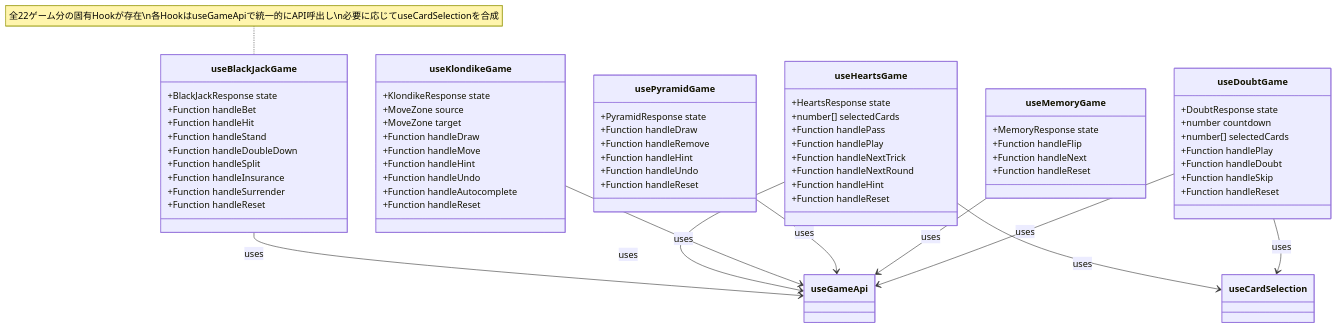
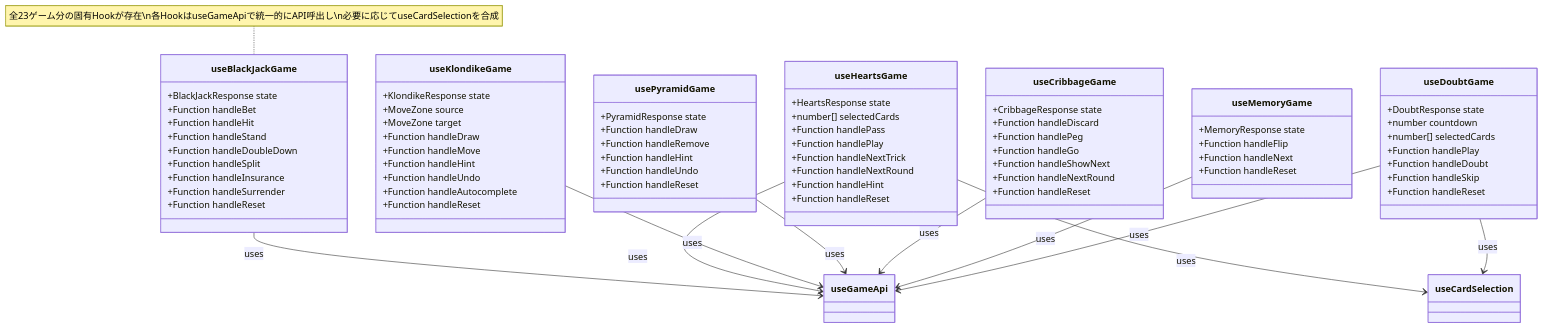
Before and after one commit to yuta-yoshinaga/go_trumpcards: the fifth of 18 diagrams in docs/design/frontend.md, drawn with Mermaid. The commit also changed other lines of this file and 54 other files, not shown here.

First line of the commit message:
feat: add Cribbage (クリベッジ) card game

````diff
--- a/docs/design/frontend.md
+++ b/docs/design/frontend.md
@@ -491,11 +526,22 @@
         +Function handleReset
     }
 
+    class useCribbageGame {
+        +CribbageResponse state
+        +Function handleDiscard
+        +Function handlePeg
+        +Function handleGo
+        +Function handleShowNext
+        +Function handleNextRound
+        +Function handleReset
+    }
+
     useKlondikeGame --> useGameApi : uses
     usePyramidGame --> useGameApi : uses
+    useCribbageGame --> useGameApi : uses
     useMemoryGame --> useGameApi : uses
     useDoubtGame --> useGameApi : uses
     useDoubtGame --> useCardSelection : uses
 
-    note for useBlackJackGame "全22ゲーム分の固有Hookが存在\n各HookはuseGameApiで統一的にAPI呼出し\n必要に応じてuseCardSelectionを合成"
+    note for useBlackJackGame "全23ゲーム分の固有Hookが存在\n各HookはuseGameApiで統一的にAPI呼出し\n必要に応じてuseCardSelectionを合成"
 ```
````
